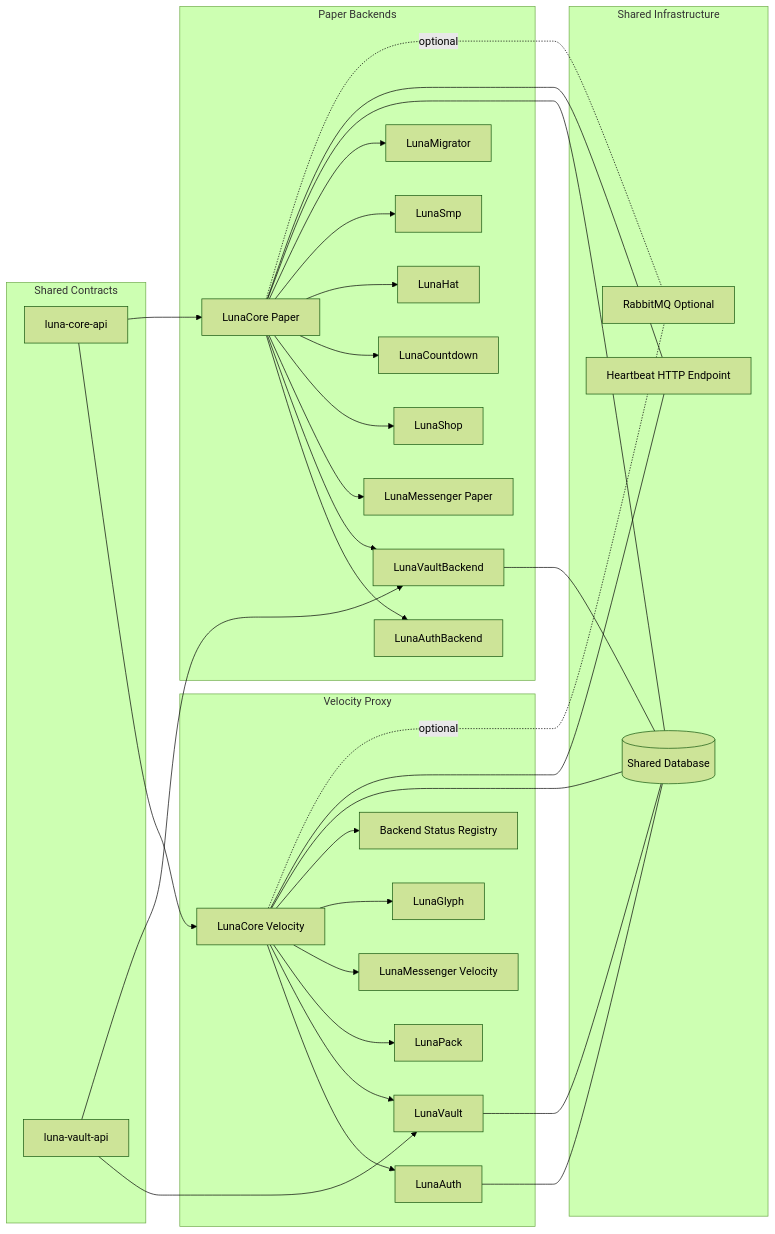
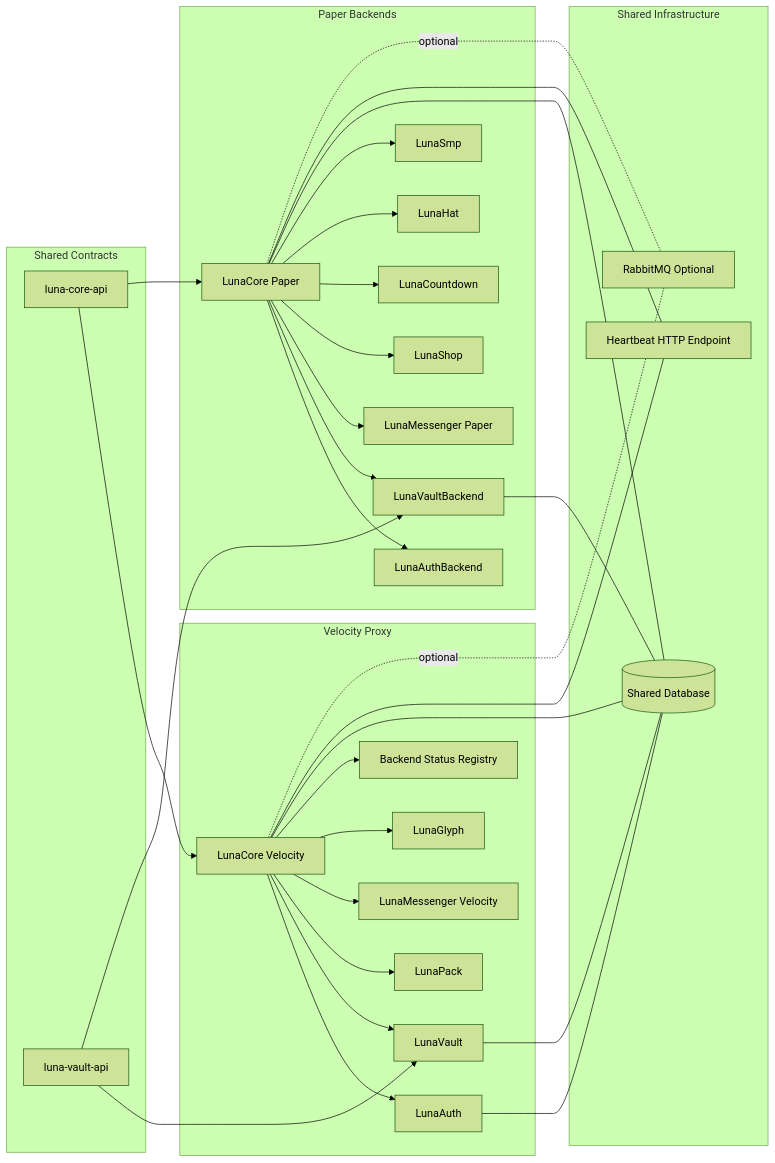
The first of 6 diagrams in README.md (Belikhun/luna-plugins), drawn with Mermaid (forest theme) before and after one commit. The commit also changed other lines of this file and 188 other files, not shown here.

````diff
--- a/README.md
+++ b/README.md
@@ -67,67 +66,65 @@
 ```mermaid
 flowchart LR
     subgraph Shared[Shared Contracts]
         CoreApi[luna-core-api]
         VaultApi[luna-vault-api]
     end
 
     subgraph Proxy[Velocity Proxy]
         CoreVelocity[LunaCore Velocity]
         Auth[LunaAuth]
         Vault[LunaVault]
         Pack[LunaPack]
         MessengerV[LunaMessenger Velocity]
         Glyph[LunaGlyph]
         Registry[Backend Status Registry]
     end
 
     subgraph Backend[Paper Backends]
         CorePaper[LunaCore Paper]
         AuthBackend[LunaAuthBackend]
         VaultBackend[LunaVaultBackend]
         MessengerP[LunaMessenger Paper]
         Shop[LunaShop]
         Countdown[LunaCountdown]
         Hat[LunaHat]
         Smp[LunaSmp]
-        Migrator[LunaMigrator]
     end
 
     subgraph Infra[Shared Infrastructure]
         Db[(Shared Database)]
         Http[Heartbeat HTTP Endpoint]
         Amqp[RabbitMQ Optional]
     end
 
     CoreApi --> CoreVelocity
     CoreApi --> CorePaper
     VaultApi --> Vault
     VaultApi --> VaultBackend
 
     CoreVelocity --> Auth
     CoreVelocity --> Vault
     CoreVelocity --> Pack
     CoreVelocity --> MessengerV
     CoreVelocity --> Glyph
     CoreVelocity --> Registry
 
     CorePaper --> AuthBackend
     CorePaper --> VaultBackend
     CorePaper --> MessengerP
     CorePaper --> Shop
     CorePaper --> Countdown
     CorePaper --> Hat
     CorePaper --> Smp
-    CorePaper --> Migrator
 
     CoreVelocity --- Db
     Auth --- Db
     Vault --- Db
     CorePaper --- Db
     VaultBackend --- Db
 
     CoreVelocity --- Http
     CorePaper --- Http
     CoreVelocity -. optional .- Amqp
     CorePaper -. optional .- Amqp
 ```
````
